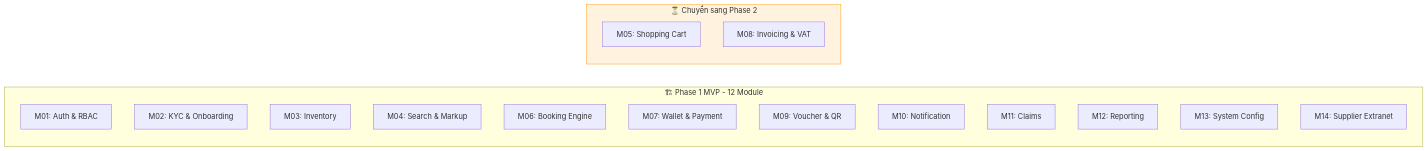
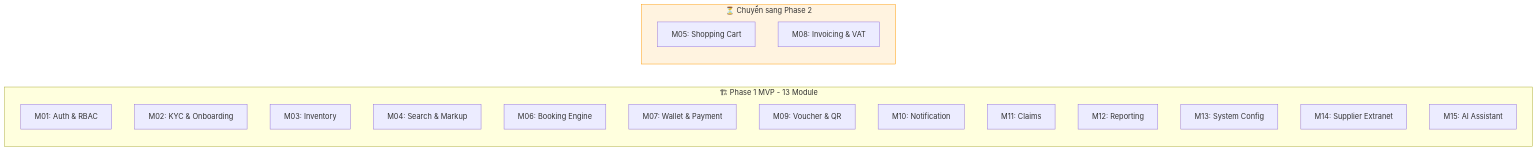
One commit to thanh-16/B2B_Tour changed the diagram in docs/Kiến trúc phần mềm/phase1_mvp_software.md. Above: the diagram before and after it, drawn with Mermaid. The commit also changed other lines of this file and 3 other files, not shown here.

````diff
--- a/docs/Kiến trúc phần mềm/phase1_mvp_software.md
+++ b/docs/Kiến trúc phần mềm/phase1_mvp_software.md
@@ -18,24 +18,25 @@
 ```mermaid
 graph LR
-    subgraph MVP["🏗 Phase 1 MVP - 12 Module"]
+    subgraph MVP["🏗 Phase 1 MVP - 13 Module"]
         M01["M01: Auth & RBAC"]
         M02["M02: KYC & Onboarding"]
         M03["M03: Inventory"]
         M04["M04: Search & Markup"]
         M06["M06: Booking Engine"]
         M07["M07: Wallet & Payment"]
         M09["M09: Voucher & QR"]
         M10["M10: Notification"]
         M11["M11: Claims"]
         M12["M12: Reporting"]
         M13["M13: System Config"]
         M14["M14: Supplier Extranet"]
+        M15["M15: AI Assistant"]
     end
 
     subgraph Deferred["⏳ Chuyển sang Phase 2"]
         M05["M05: Shopping Cart"]
         M08["M08: Invoicing & VAT"]
     end
 
     style Deferred fill:#FFF3E0,stroke:#FF9800
 ```
````
